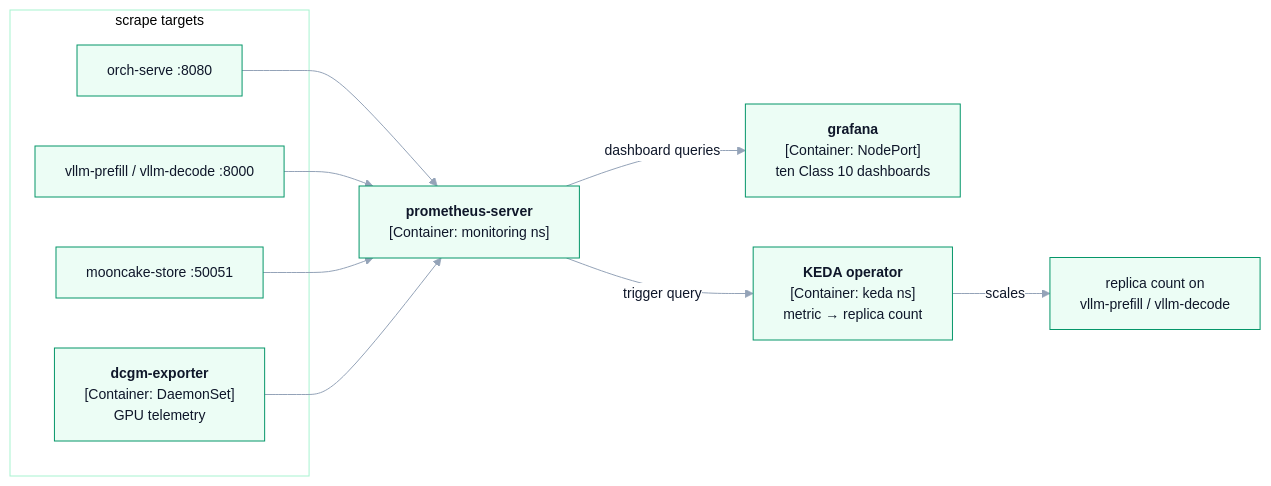
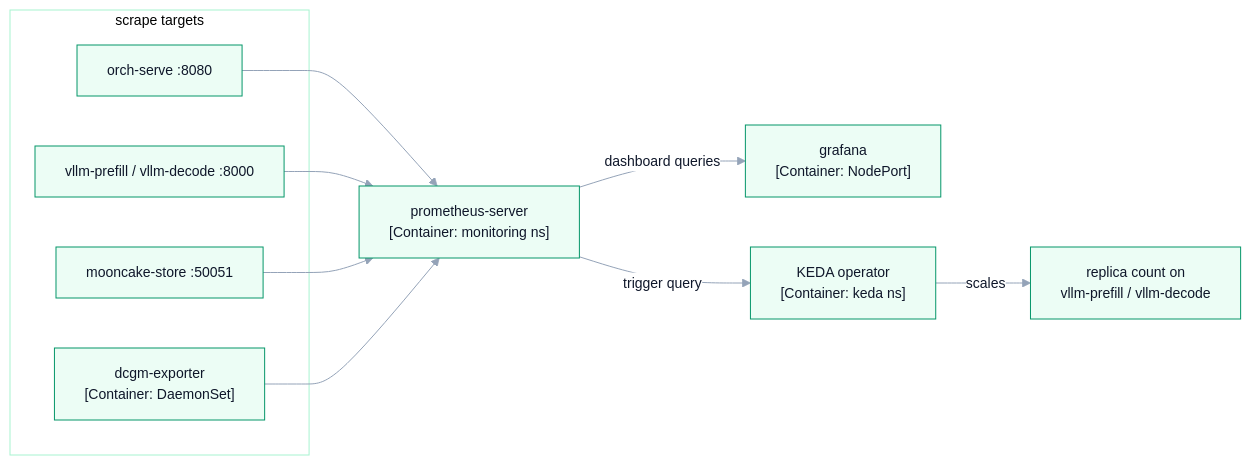
Before and after one commit to harshuljain13/Dodona: the third of 5 diagrams in docs/cluster/ARCHITECTURE.md, drawn with Mermaid. The commit also changed other lines of this file and 17 other files, not shown here.

````diff
--- a/docs/cluster/ARCHITECTURE.md
+++ b/docs/cluster/ARCHITECTURE.md
@@ -106,30 +106,30 @@
 ```mermaid
 %%{init: {'theme':'base','themeVariables':{
   'fontFamily':'ui-sans-serif, -apple-system, Segoe UI, Inter, Helvetica, Arial, sans-serif','fontSize':'14px',
   'primaryColor':'#ecfdf5','primaryTextColor':'#0f172a','primaryBorderColor':'#059669',
   'secondaryColor':'#f8fafc','tertiaryColor':'#ffffff',
   'lineColor':'#94a3b8','textColor':'#1e293b',
   'clusterBkg':'#ffffff','clusterBorder':'#a7f3d0',
   'edgeLabelBackground':'#ffffff','nodeBorder':'#059669'
 }}}%%
 flowchart LR
     subgraph SCRAPED["scrape targets"]
         ORCH2["orch-serve :8080"]
         VLLM2["vllm-prefill / vllm-decode :8000"]
         MOON2["mooncake-store :50051"]
-        DCGM["<b>dcgm-exporter</b><br/>[Container: DaemonSet]<br/>GPU telemetry"]
+        DCGM["dcgm-exporter<br/>[Container: DaemonSet]"]
     end
 
-    PROM["<b>prometheus-server</b><br/>[Container: monitoring ns]"]
-    GRAF["<b>grafana</b><br/>[Container: NodePort]<br/>ten Class 10 dashboards"]
-    KEDA["<b>KEDA operator</b><br/>[Container: keda ns]<br/>metric → replica count"]
+    PROM["prometheus-server<br/>[Container: monitoring ns]"]
+    GRAF["grafana<br/>[Container: NodePort]"]
+    KEDA["KEDA operator<br/>[Container: keda ns]"]
     SCALE["replica count on<br/>vllm-prefill / vllm-decode"]
 
     ORCH2 --> PROM
     VLLM2 --> PROM
     MOON2 --> PROM
     DCGM --> PROM
     PROM -->|"dashboard queries"| GRAF
     PROM -->|"trigger query"| KEDA
     KEDA -->|"scales"| SCALE
 ```
````
